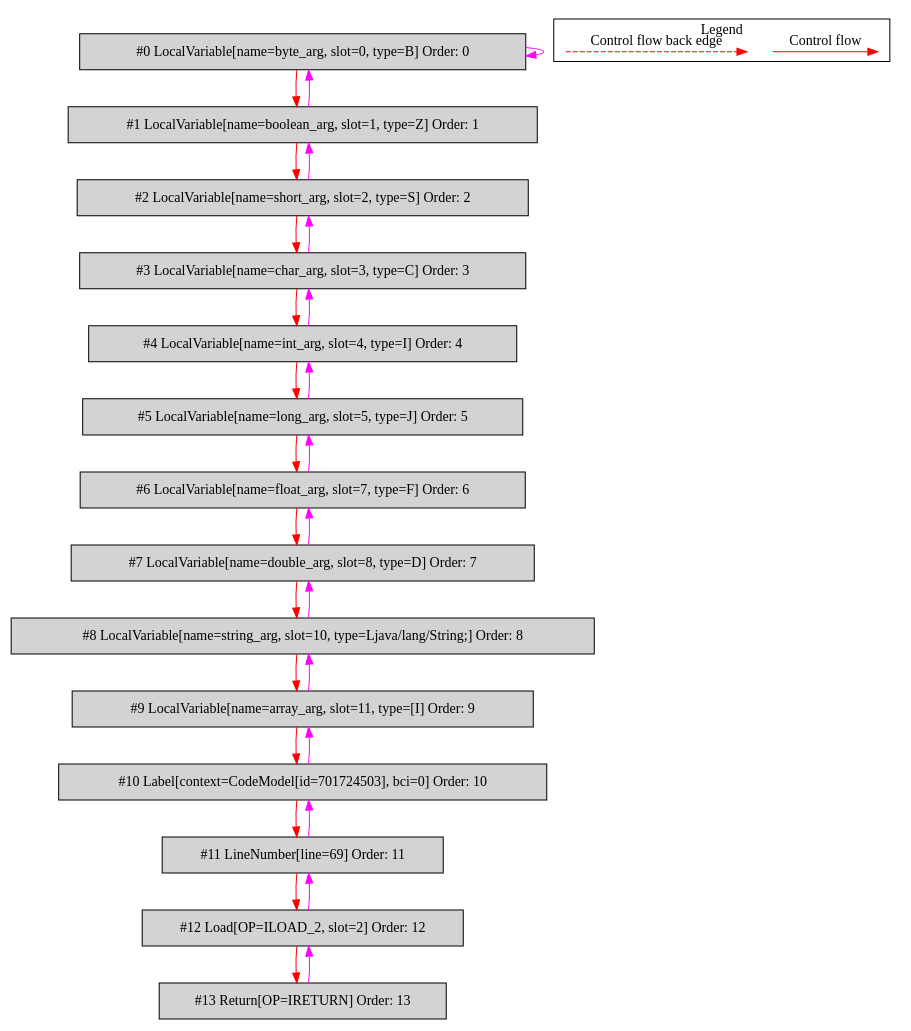
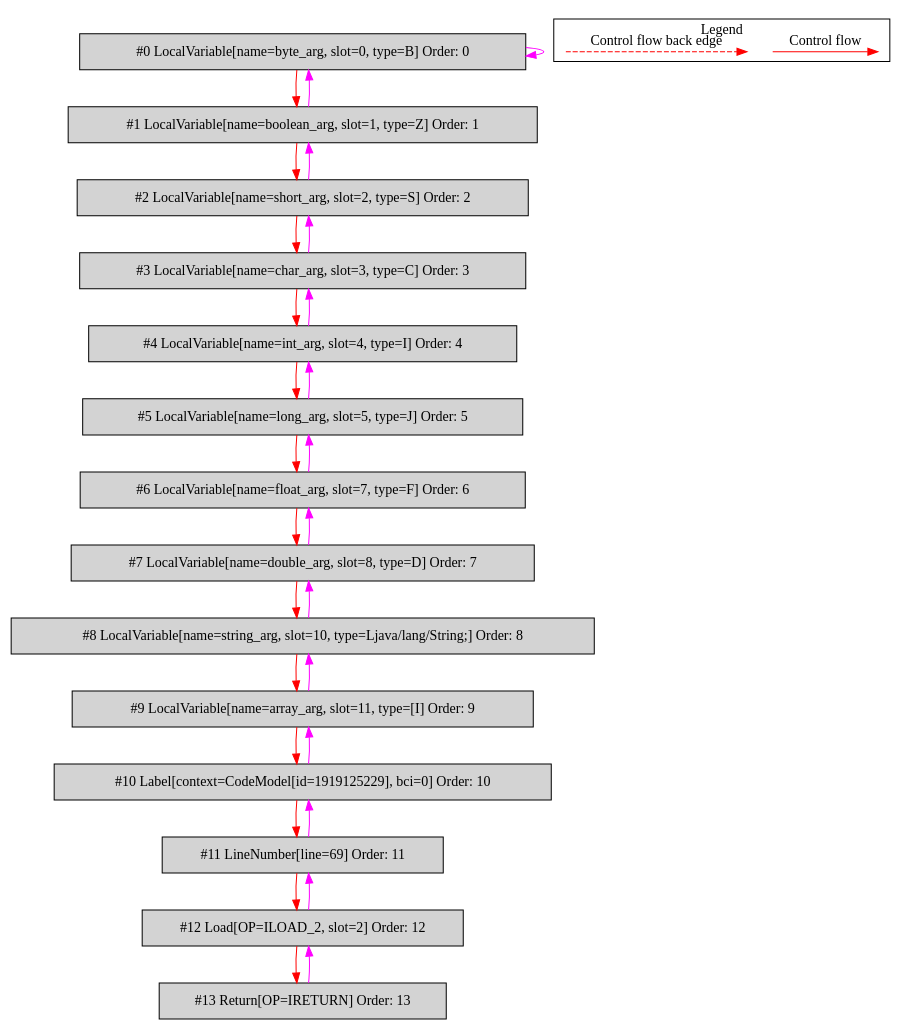
One commit to mirkosertic/MetaIR changed the diagram in de.mirkosertic.metair.ir.examples.MethodInvokeTest/simple_method_return_short/bytecodecfg.dot. Above: the diagram before and after it, drawn with Graphviz. The commit also changed 1222 other files, not shown here.

```diff
--- a/de.mirkosertic.metair.ir.examples.MethodInvokeTest/simple_method_return_short/bytecodecfg.dot
+++ b/de.mirkosertic.metair.ir.examples.MethodInvokeTest/simple_method_return_short/bytecodecfg.dot
@@ -1,58 +1,58 @@
 digraph {
  ordering="in";
  node0[label="#0 LocalVariable[name=byte_arg, slot=0, type=B] Order: 0", shape=box, fillcolor=lightgrey, style=filled];
  node1[label="#1 LocalVariable[name=boolean_arg, slot=1, type=Z] Order: 1", shape=box, fillcolor=lightgrey, style=filled];
  node2[label="#2 LocalVariable[name=short_arg, slot=2, type=S] Order: 2", shape=box, fillcolor=lightgrey, style=filled];
  node3[label="#3 LocalVariable[name=char_arg, slot=3, type=C] Order: 3", shape=box, fillcolor=lightgrey, style=filled];
  node4[label="#4 LocalVariable[name=int_arg, slot=4, type=I] Order: 4", shape=box, fillcolor=lightgrey, style=filled];
  node5[label="#5 LocalVariable[name=long_arg, slot=5, type=J] Order: 5", shape=box, fillcolor=lightgrey, style=filled];
  node6[label="#6 LocalVariable[name=float_arg, slot=7, type=F] Order: 6", shape=box, fillcolor=lightgrey, style=filled];
  node7[label="#7 LocalVariable[name=double_arg, slot=8, type=D] Order: 7", shape=box, fillcolor=lightgrey, style=filled];
  node8[label="#8 LocalVariable[name=string_arg, slot=10, type=Ljava/lang/String;] Order: 8", shape=box, fillcolor=lightgrey, style=filled];
  node9[label="#9 LocalVariable[name=array_arg, slot=11, type=[I] Order: 9", shape=box, fillcolor=lightgrey, style=filled];
- node10[label="#10 Label[context=CodeModel[id=701724503], bci=0] Order: 10", shape=box, fillcolor=lightgrey, style=filled];
+ node10[label="#10 Label[context=CodeModel[id=1919125229], bci=0] Order: 10", shape=box, fillcolor=lightgrey, style=filled];
  node11[label="#11 LineNumber[line=69] Order: 11", shape=box, fillcolor=lightgrey, style=filled];
  node12[label="#12 Load[OP=ILOAD_2, slot=2] Order: 12", shape=box, fillcolor=lightgrey, style=filled];
  node13[label="#13 Return[OP=IRETURN] Order: 13", shape=box, fillcolor=lightgrey, style=filled];
  node0 -> node0[color=fuchsia];
  node0 -> node1[color=red];
  node1 -> node0[color=fuchsia];
  node1 -> node2[color=red];
  node2 -> node1[color=fuchsia];
  node2 -> node3[color=red];
  node3 -> node2[color=fuchsia];
  node3 -> node4[color=red];
  node4 -> node3[color=fuchsia];
  node4 -> node5[color=red];
  node5 -> node4[color=fuchsia];
  node5 -> node6[color=red];
  node6 -> node5[color=fuchsia];
  node6 -> node7[color=red];
  node7 -> node6[color=fuchsia];
  node7 -> node8[color=red];
  node8 -> node7[color=fuchsia];
  node8 -> node9[color=red];
  node9 -> node8[color=fuchsia];
  node9 -> node10[color=red];
  node10 -> node9[color=fuchsia];
  node10 -> node11[color=red];
  node11 -> node10[color=fuchsia];
  node11 -> node12[color=red];
  node12 -> node11[color=fuchsia];
  node12 -> node13[color=red];
  node13 -> node12[color=fuchsia];
  subgraph cluster_000 {
   label = "Legend";
   node [shape=point]
   {
    rank=same;
    c0 [style = invis];
    c1 [style = invis];
    c2 [style = invis];
    c3 [style = invis];
   }
   c0 -> c1 [label="Control flow", style=solid, color=red]
   c2 -> c3 [label="Control flow back edge", style=dashed, color=red]
  }
 
 }
```
